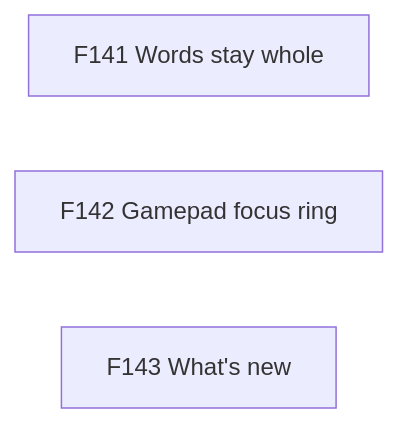
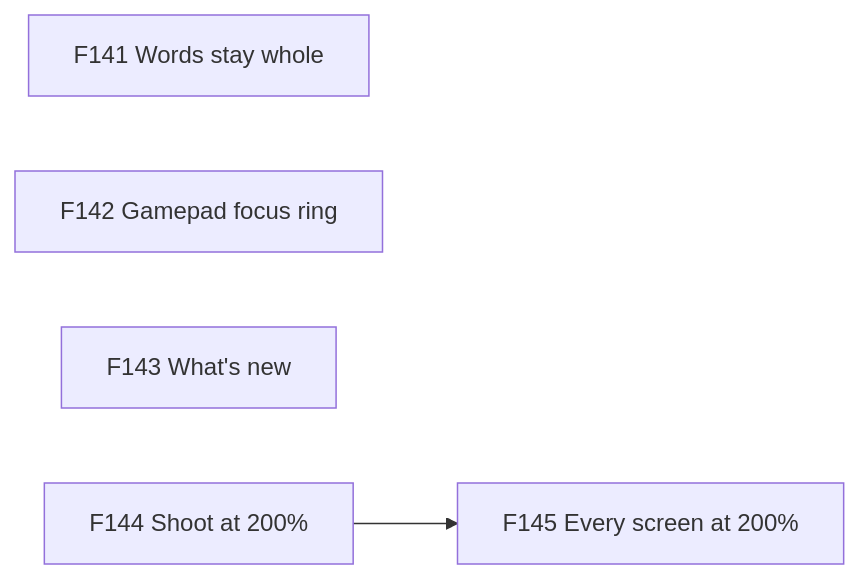
Before and after one commit to TheBlueMuzzy/framework: diagram 19 of 19 in .planning/ROADMAP.md, drawn with Mermaid. The commit also changed other lines of this file and 2 other files, not shown here.

Commit message:
Sprint 39: every screen holds up at 200% text (F144 the shoot sees it, F145 the fixes)

````diff
--- a/.planning/ROADMAP.md
+++ b/.planning/ROADMAP.md
@@ -370,6 +372,7 @@
 ```mermaid
 flowchart LR
   F141[F141 Words stay whole]
   F142[F142 Gamepad focus ring]
   F143[F143 What's new]
+  F144[F144 Shoot at 200%] --> F145[F145 Every screen at 200%]
 ```
````
